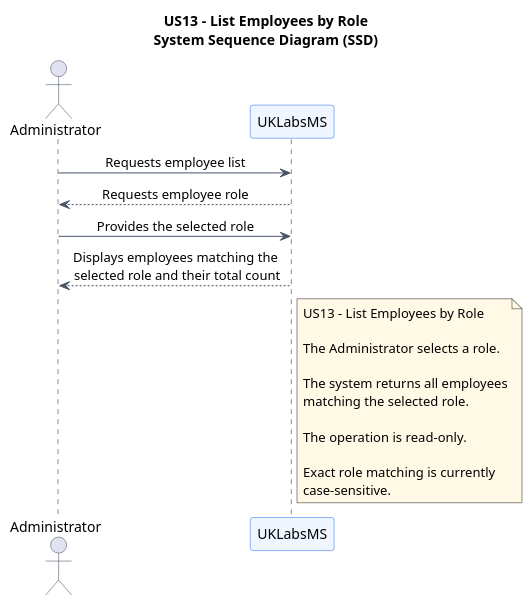
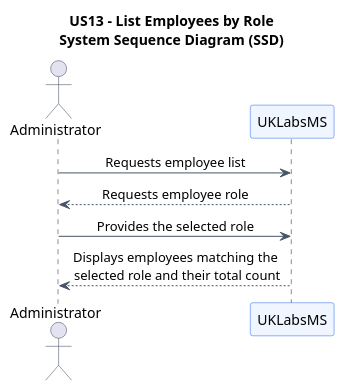
The diagram in docs/system-documentation/US13/puml/US13-SSD.puml (jmaia574/leti-esoft-26-27-B6), drawn with PlantUML before and after one commit. The commit also changed 44 other files, not shown here.

```diff
--- a/docs/system-documentation/US13/puml/US13-SSD.puml
+++ b/docs/system-documentation/US13/puml/US13-SSD.puml
@@ -1,49 +1,31 @@
 @startuml
 
 title US13 - List Employees by Role\nSystem Sequence Diagram (SSD)
 
 skinparam backgroundColor #FFFFFF
 skinparam shadowing false
 skinparam sequenceMessageAlign center
 skinparam responseMessageBelowArrow true
 skinparam ParticipantBorderColor #2563EB
 skinparam ParticipantBackgroundColor #EFF6FF
 skinparam ActorBorderColor #334155
 skinparam ArrowColor #475569
 skinparam NoteBackgroundColor #FFF9E6
 
 actor "Administrator" as Admin
 participant "UKLabsMS" as System
 
 ' =====================================================
 ' Main Success Scenario
 ' =====================================================
 
 Admin -> System : Requests employee list
 
 System --> Admin : Requests employee role
 
 Admin -> System : Provides the selected role
 
 System --> Admin : Displays employees matching the\n selected role and their total count
 
 
-' =====================================================
-' Additional Information
-' =====================================================
-
-note right of System
-US13 - List Employees by Role
-
-The Administrator selects a role.
-
-The system returns all employees
-matching the selected role.
-
-The operation is read-only.
-
-Exact role matching is currently
-case-sensitive.
-end note
-
 @enduml
```
